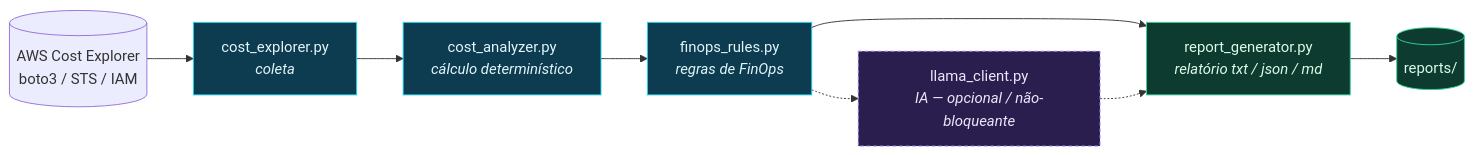
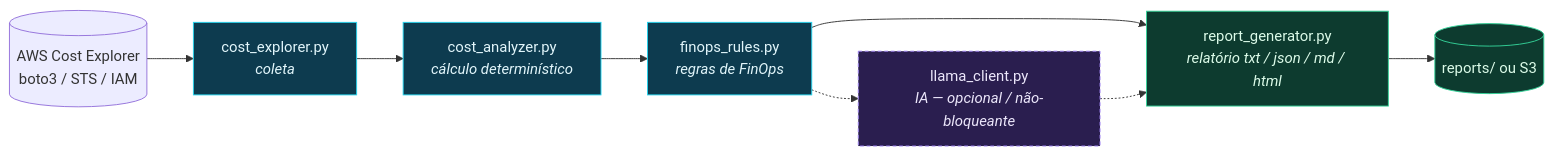
Before and after one commit to AirtonNettu/aws-cost-monitor: the third of 3 diagrams in README.md, drawn with Mermaid. The commit also changed other lines of this file and 33 other files, not shown here.

Commit message:
feat(cloud): adicionar IaC com Terraform, diagrama de arquitetura e conformidade Well-Architected

````diff
--- a/README.md
+++ b/README.md
@@ -156,23 +188,23 @@
 ```mermaid
 flowchart LR
     AWS[("AWS Cost Explorer<br/>boto3 / STS / IAM")]
     CE["cost_explorer.py<br/><i>coleta</i>"]
     AN["cost_analyzer.py<br/><i>cálculo determinístico</i>"]
     FR["finops_rules.py<br/><i>regras de FinOps</i>"]
     AI["llama_client.py<br/><i>IA — opcional / não-bloqueante</i>"]
-    RG["report_generator.py<br/><i>relatório txt / json / md</i>"]
-    OUT[("reports/")]
+    RG["report_generator.py<br/><i>relatório txt / json / md / html</i>"]
+    OUT[("reports/ ou S3")]
 
     AWS --> CE --> AN --> FR
     FR --> RG
     FR -.-> AI
     AI -.-> RG
     RG --> OUT
 
     classDef calc fill:#0d3b4f,stroke:#22d3ee,color:#e2f6fb;
     classDef ai fill:#2a1e4f,stroke:#a78bfa,color:#ece7fb,stroke-dasharray:4 3;
     classDef out fill:#0d3b2f,stroke:#34d399,color:#dcfbe9;
     class CE,AN,FR calc;
     class AI ai;
     class RG,OUT out;
 ```
````
